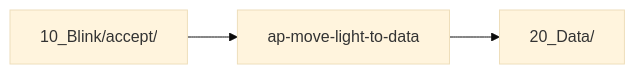
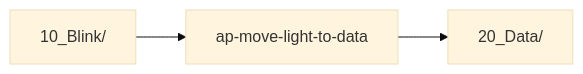
One commit to jewzaam/ap-base changed the ninth of 10 diagrams in SUGGESTED_RENAMES.md. Above: the diagram before and after it, drawn with Mermaid (base theme). The commit also changed other lines of this file and 1 other file, not shown here.

````diff
--- a/SUGGESTED_RENAMES.md
+++ b/SUGGESTED_RENAMES.md
@@ -212,5 +213,5 @@
 ```mermaid
 flowchart LR
-    BLINK[10_Blink/accept/] --> TOOL[ap-move-light-to-data]
+    BLINK[10_Blink/] --> TOOL[ap-move-light-to-data]
     TOOL --> DATA[20_Data/]
 ```
````
